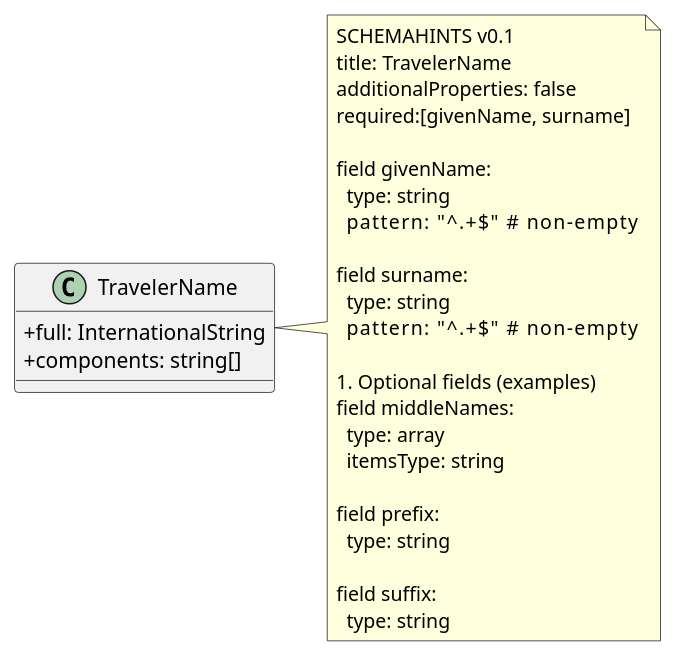
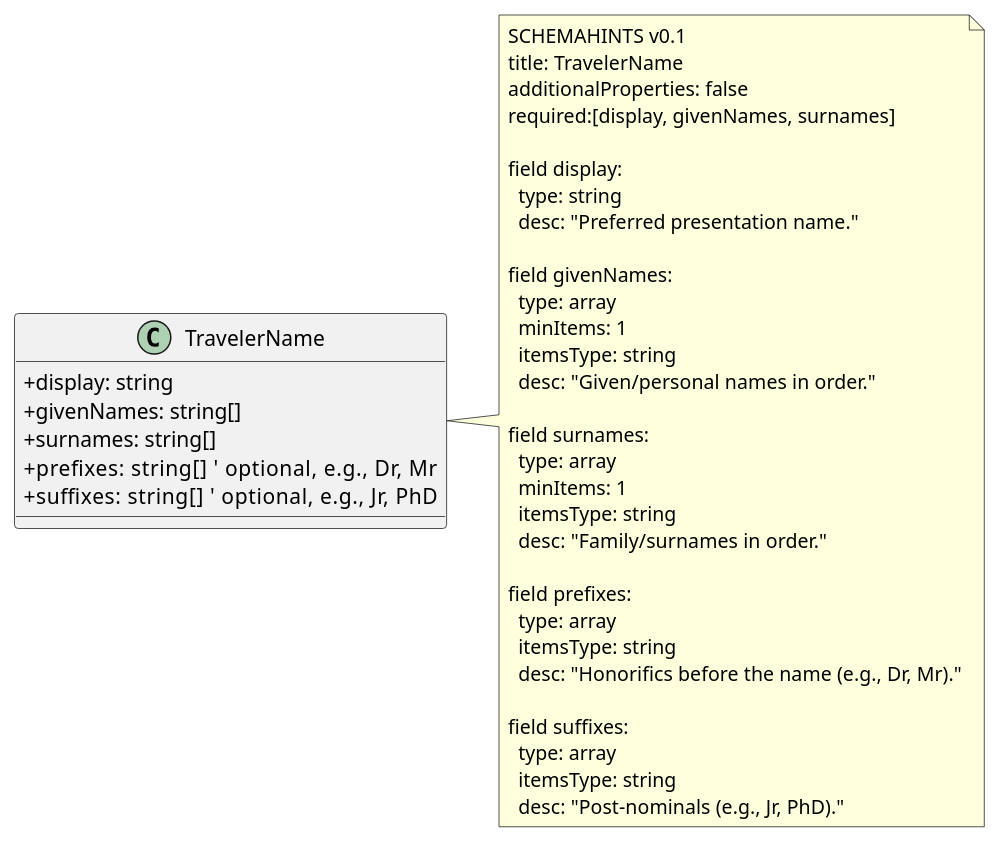
Before and after one commit to decentralized-identity/hatpro-schema-temp: the diagram in packages/identity/puml/TravelerName.puml, drawn with PlantUML. The commit also changed 4 other files, not shown here.

```diff
--- a/packages/identity/puml/TravelerName.puml
+++ b/packages/identity/puml/TravelerName.puml
@@ -1,33 +1,44 @@
 @startuml
 skinparam classAttributeIconSize 0
+
 class TravelerName {
-  +full: InternationalString
-  +components: string[]
+  +display: string
+  +givenNames: string[]
+  +surnames: string[]
+  +prefixes: string[]     ' optional, e.g., Dr, Mr
+  +suffixes: string[]     ' optional, e.g., Jr, PhD
 }
+
 note right of TravelerName
 SCHEMAHINTS v0.1
 title: TravelerName
 additionalProperties: false
-required:[givenName, surname]
+required:[display, givenNames, surnames]
 
-field givenName:
+field display:
   type: string
-  pattern: "^.+$"        # non-empty
+  desc: "Preferred presentation name."
 
-field surname:
-  type: string
-  pattern: "^.+$"        # non-empty
+field givenNames:
+  type: array
+  minItems: 1
+  itemsType: string
+  desc: "Given/personal names in order."
 
-# Optional fields (examples)
-field middleNames:
+field surnames:
+  type: array
+  minItems: 1
+  itemsType: string
+  desc: "Family/surnames in order."
+
+field prefixes:
   type: array
   itemsType: string
+  desc: "Honorifics before the name (e.g., Dr, Mr)."
 
-field prefix:
-  type: string
-
-field suffix:
-  type: string
+field suffixes:
+  type: array
+  itemsType: string
+  desc: "Post-nominals (e.g., Jr, PhD)."
 end note
-
 @enduml
```
